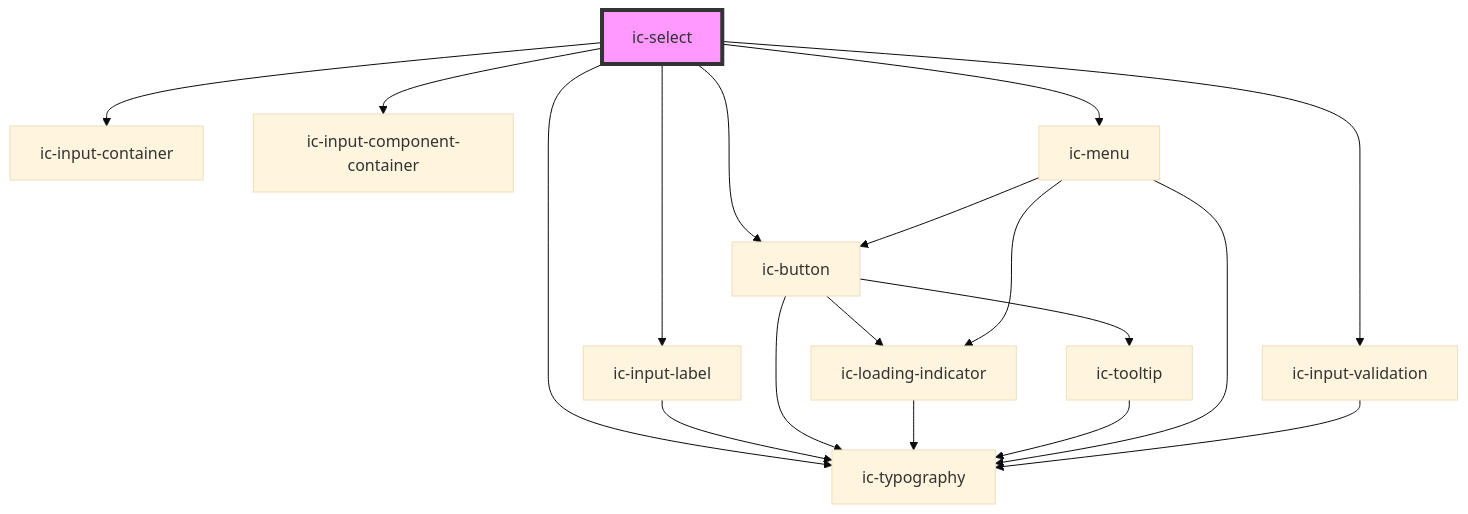
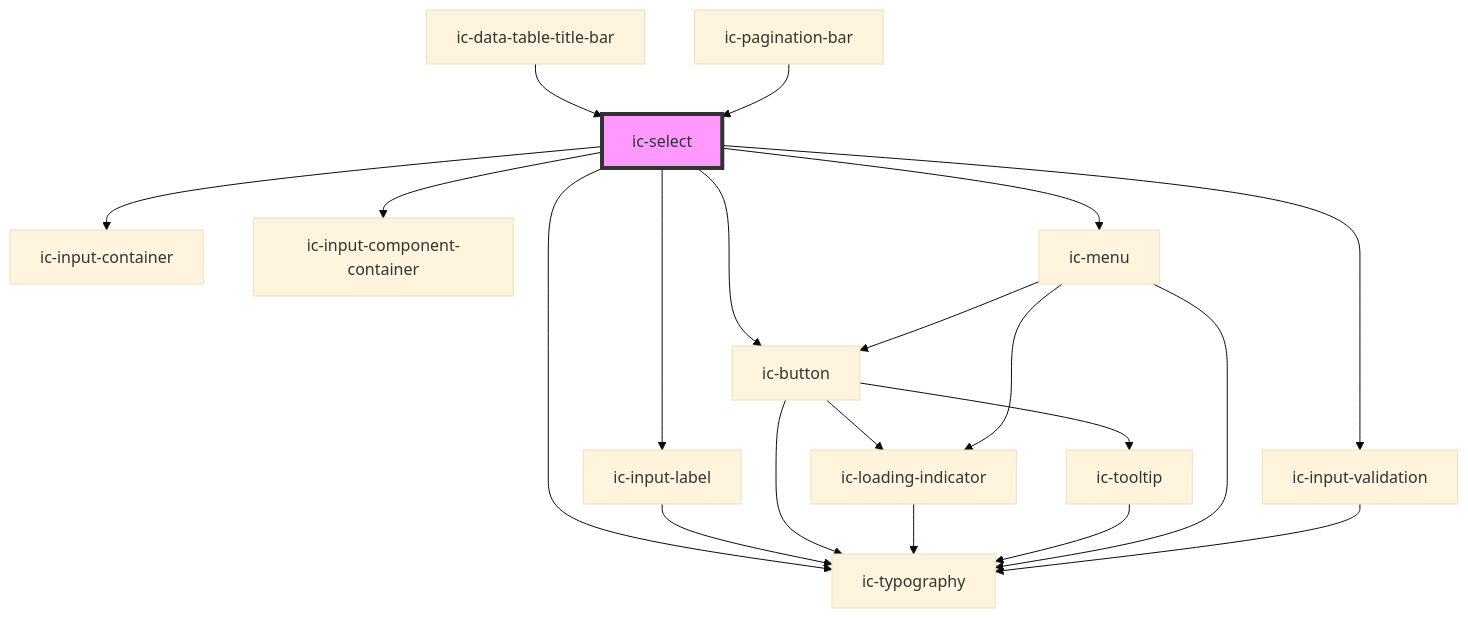
One commit to mi6/ic-ui-kit changed the diagram in packages/web-components/src/components/ic-select/readme.md. Above: the diagram before and after it, drawn with Mermaid (base theme). The commit also changed other lines of this file and 19 other files, not shown here.

````diff
--- a/packages/web-components/src/components/ic-select/readme.md
+++ b/packages/web-components/src/components/ic-select/readme.md
@@ -104,21 +109,23 @@
 ```mermaid
 graph TD;
   ic-select --> ic-input-container
   ic-select --> ic-input-label
   ic-select --> ic-input-component-container
   ic-select --> ic-typography
   ic-select --> ic-button
   ic-select --> ic-menu
   ic-select --> ic-input-validation
   ic-input-label --> ic-typography
   ic-button --> ic-typography
   ic-button --> ic-loading-indicator
   ic-button --> ic-tooltip
   ic-loading-indicator --> ic-typography
   ic-tooltip --> ic-typography
   ic-menu --> ic-loading-indicator
   ic-menu --> ic-typography
   ic-menu --> ic-button
   ic-input-validation --> ic-typography
+  ic-data-table-title-bar --> ic-select
+  ic-pagination-bar --> ic-select
   style ic-select fill:#f9f,stroke:#333,stroke-width:4px
 ```
````
